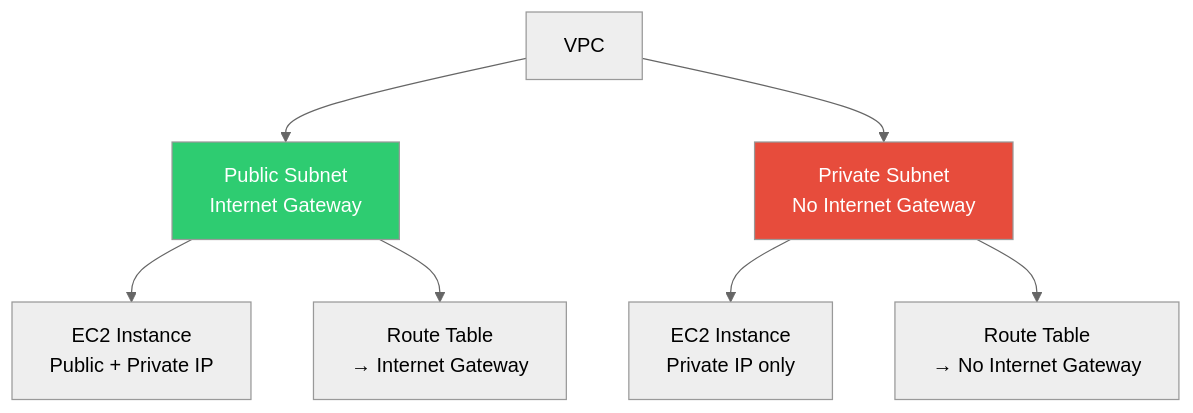
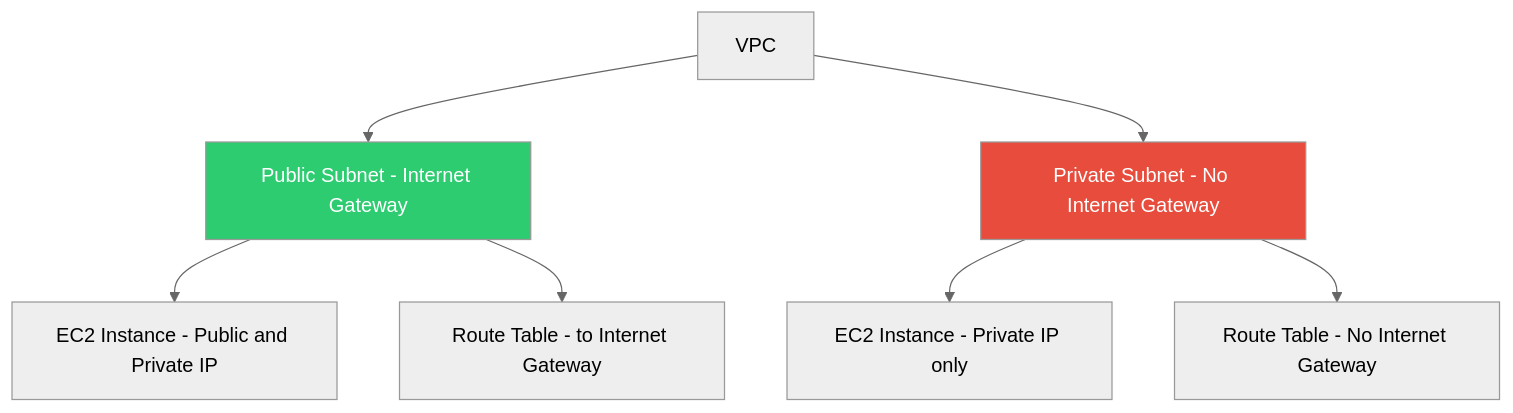
The eighth of 10 diagrams in Cloud/AWS/AWS-Certifications/AWS-Cloud-Practitioner/README.md (jtombo45/SeniorEngineerRoadmap), drawn with Mermaid (neutral theme) before and after one commit. The commit also changed other lines of this file, not shown here.

Commit message:
fixed diagrams for rendering

````diff
--- a/Cloud/AWS/AWS-Certifications/AWS-Cloud-Practitioner/README.md
+++ b/Cloud/AWS/AWS-Certifications/AWS-Cloud-Practitioner/README.md
@@ -550,14 +559,14 @@
 ```mermaid
-graph TB
-    A[VPC] --> B[Public Subnet<br/>Internet Gateway]
-    A --> C[Private Subnet<br/>No Internet Gateway]
+flowchart TB
+    A[VPC] --> B[Public Subnet - Internet Gateway]
+    A --> C[Private Subnet - No Internet Gateway]
     
-    B --> D[EC2 Instance<br/>Public + Private IP]
-    C --> E[EC2 Instance<br/>Private IP only]
+    B --> D[EC2 Instance - Public and Private IP]
+    C --> E[EC2 Instance - Private IP only]
     
-    B --> F[Route Table<br/>→ Internet Gateway]
-    C --> G[Route Table<br/>→ No Internet Gateway]
+    B --> F[Route Table - to Internet Gateway]
+    C --> G[Route Table - No Internet Gateway]
     
     style B fill:#2ECC71,color:#fff
     style C fill:#E74C3C,color:#fff
 ```
````
